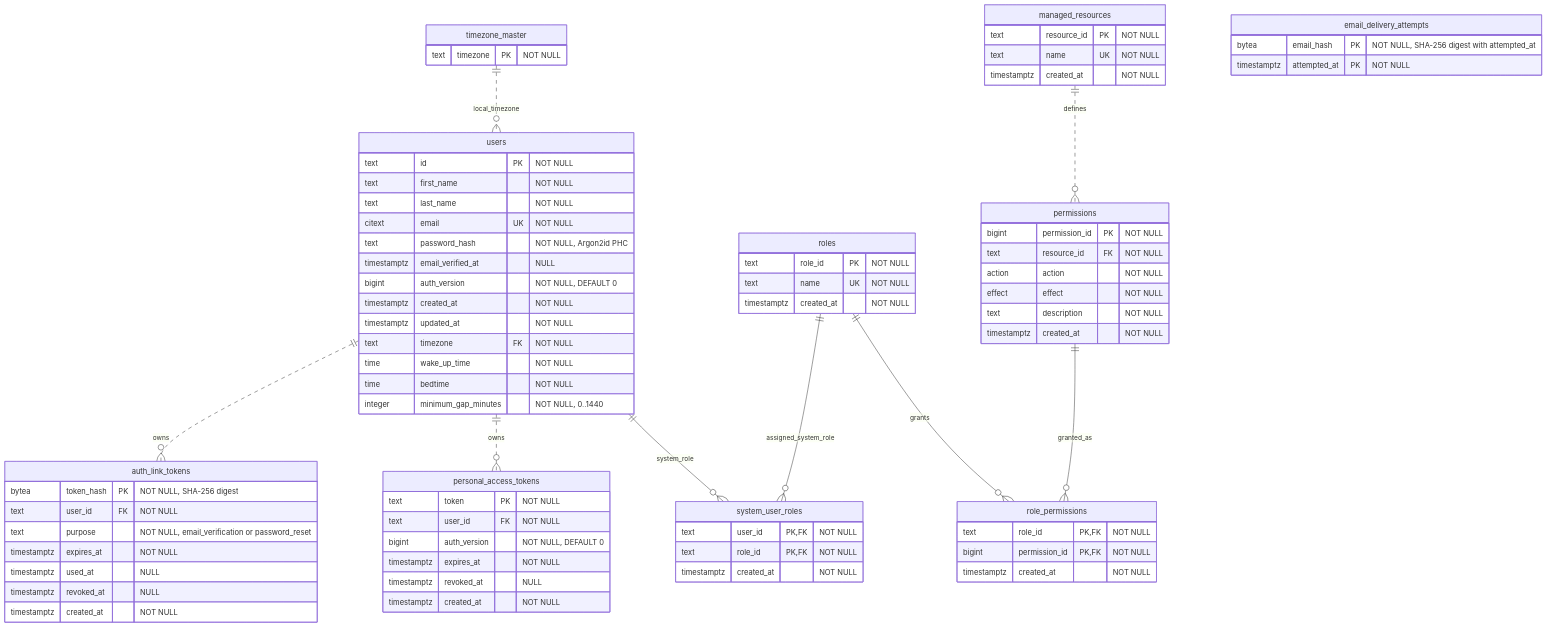
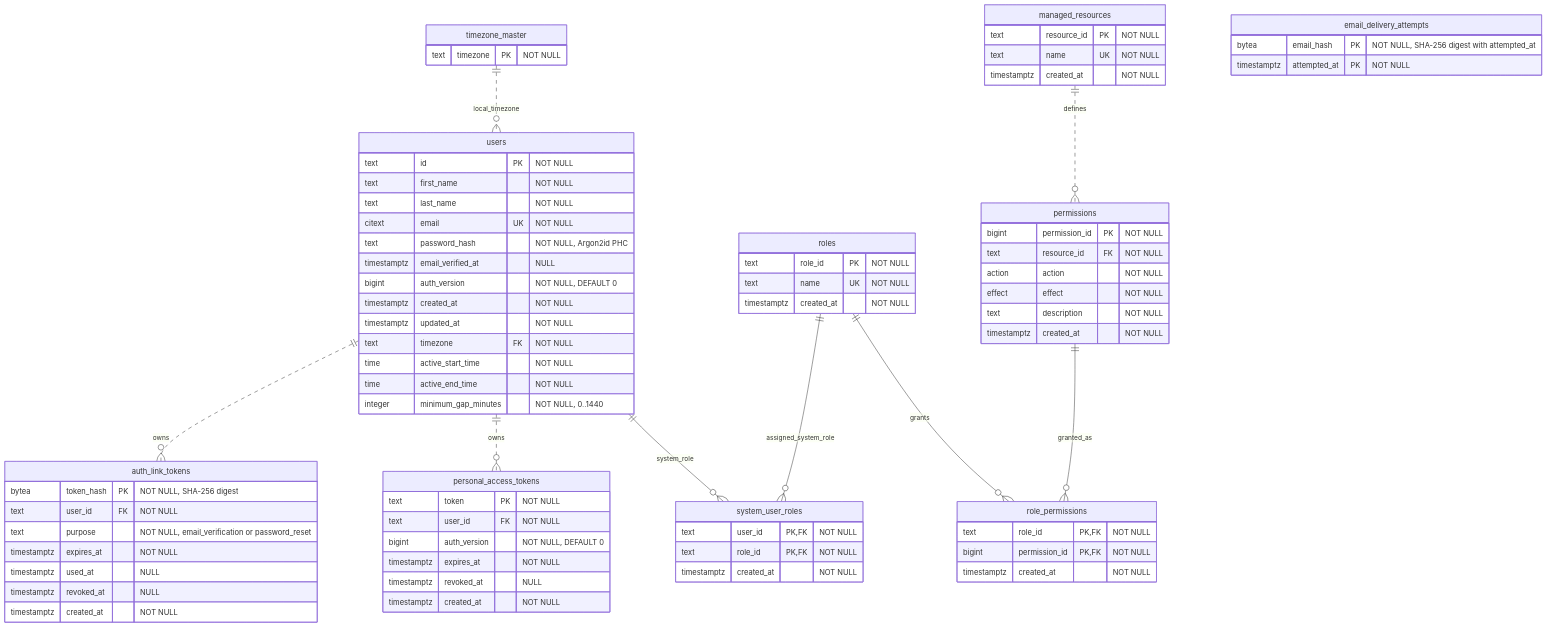
One commit to Najah7/task2todaytodo changed the diagram in docs/er/auth.mmd. Above: the diagram before and after it, drawn with Mermaid. The commit also changed 2 other files, not shown here.

Commit message:
📝 update: ER diagram

```diff
--- a/docs/er/auth.mmd
+++ b/docs/er/auth.mmd
@@ -1,89 +1,89 @@
 erDiagram
     %% Tables created by 000001_auth.up.sql.
     %% permissions(resource_id, action, effect) is unique.
 
     timezone_master {
         text timezone PK "NOT NULL"
     }
 
     users {
         text id PK "NOT NULL"
         text first_name "NOT NULL"
         text last_name "NOT NULL"
         citext email UK "NOT NULL"
         text password_hash "NOT NULL, Argon2id PHC"
         timestamptz email_verified_at "NULL"
         bigint auth_version "NOT NULL, DEFAULT 0"
         timestamptz created_at "NOT NULL"
         timestamptz updated_at "NOT NULL"
         text timezone FK "NOT NULL"
-        time wake_up_time "NOT NULL"
-        time bedtime "NOT NULL"
+        time active_start_time "NOT NULL"
+        time active_end_time "NOT NULL"
         integer minimum_gap_minutes "NOT NULL, 0..1440"
     }
 
     roles {
         text role_id PK "NOT NULL"
         text name UK "NOT NULL"
         timestamptz created_at "NOT NULL"
     }
 
     managed_resources {
         text resource_id PK "NOT NULL"
         text name UK "NOT NULL"
         timestamptz created_at "NOT NULL"
     }
 
     permissions {
         bigint permission_id PK "NOT NULL"
         text resource_id FK "NOT NULL"
         action action "NOT NULL"
         effect effect "NOT NULL"
         text description "NOT NULL"
         timestamptz created_at "NOT NULL"
     }
 
     role_permissions {
         text role_id PK, FK "NOT NULL"
         bigint permission_id PK, FK "NOT NULL"
         timestamptz created_at "NOT NULL"
     }
 
     system_user_roles {
         text user_id PK, FK "NOT NULL"
         text role_id PK, FK "NOT NULL"
         timestamptz created_at "NOT NULL"
     }
 
     personal_access_tokens {
         text token PK "NOT NULL"
         text user_id FK "NOT NULL"
         bigint auth_version "NOT NULL, DEFAULT 0"
         timestamptz expires_at "NOT NULL"
         timestamptz revoked_at "NULL"
         timestamptz created_at "NOT NULL"
     }
 
     auth_link_tokens {
         bytea token_hash PK "NOT NULL, SHA-256 digest"
         text user_id FK "NOT NULL"
         text purpose "NOT NULL, email_verification or password_reset"
         timestamptz expires_at "NOT NULL"
         timestamptz used_at "NULL"
         timestamptz revoked_at "NULL"
         timestamptz created_at "NOT NULL"
     }
 
     email_delivery_attempts {
         bytea email_hash PK "NOT NULL, SHA-256 digest with attempted_at"
         timestamptz attempted_at PK "NOT NULL"
     }
 
     timezone_master ||..o{ users : local_timezone
     users ||--o{ system_user_roles : system_role
     roles ||--o{ system_user_roles : assigned_system_role
     roles ||--o{ role_permissions : grants
     permissions ||--o{ role_permissions : granted_as
     managed_resources ||..o{ permissions : defines
     users ||..o{ personal_access_tokens : owns
     users ||..o{ auth_link_tokens : owns
```
